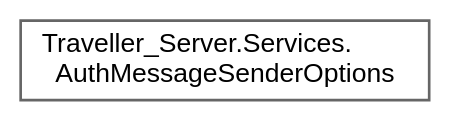
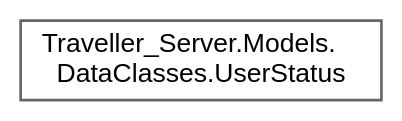
Before and after one commit to VenelinArgirov/manual-tecnico.github.io: the diagram in Servidor/inherit_graph_40.dot, drawn with Graphviz. The commit also changed 819 other files, not shown here.

```diff
--- a/Servidor/inherit_graph_40.dot
+++ b/Servidor/inherit_graph_40.dot
@@ -1,9 +1,9 @@
 digraph "Graphical Class Hierarchy"
 {
  // LATEX_PDF_SIZE
   bgcolor="transparent";
   edge [fontname=Helvetica,fontsize=10,labelfontname=Helvetica,labelfontsize=10];
   node [fontname=Helvetica,fontsize=10,shape=box,height=0.2,width=0.4];
   rankdir="LR";
-  Node0 [label="Traveller_Server.Services.\lAuthMessageSenderOptions",height=0.2,width=0.4,color="grey40", fillcolor="white", style="filled",URL="$class_traveller___server_1_1_services_1_1_auth_message_sender_options.html",tooltip=" "];
+  Node0 [label="Traveller_Server.Models.\lDataClasses.UserStatus",height=0.2,width=0.4,color="grey40", fillcolor="white", style="filled",URL="$class_traveller___server_1_1_models_1_1_data_classes_1_1_user_status.html",tooltip="Data class of user status. Represents the status of a user."];
 }
```
